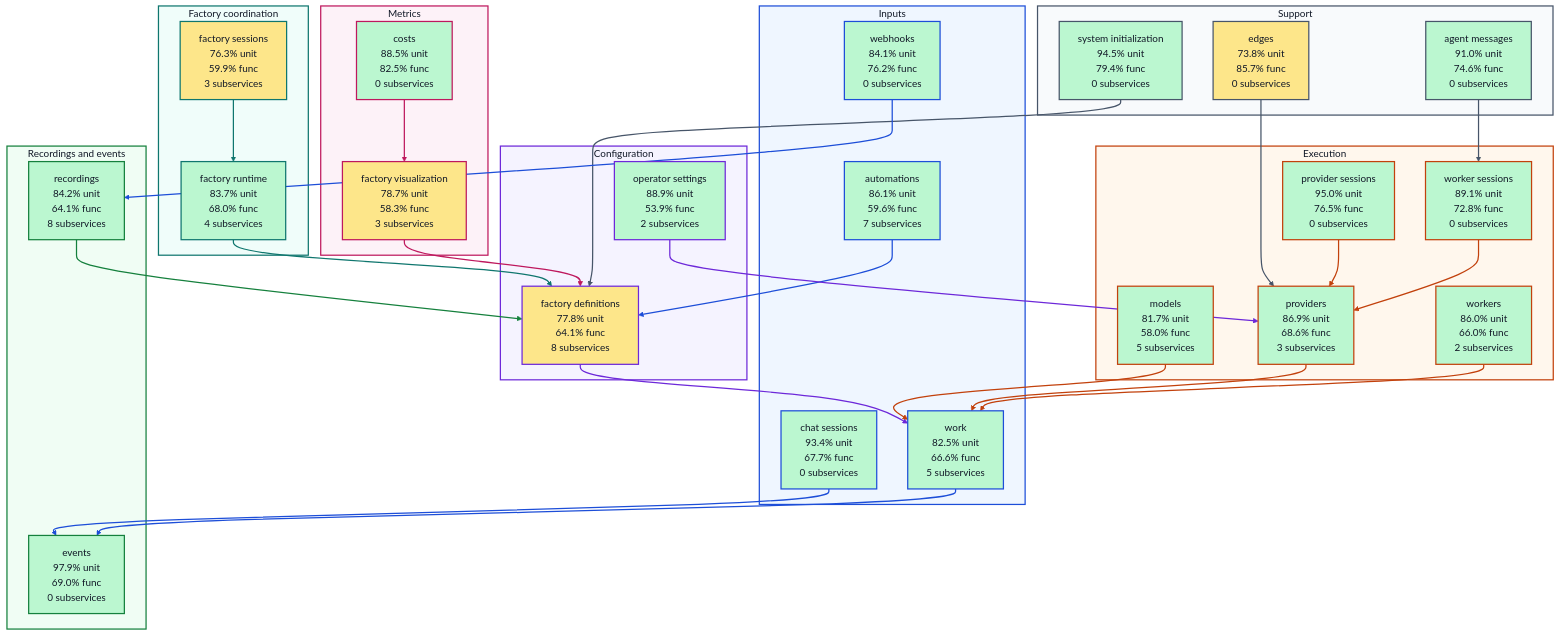
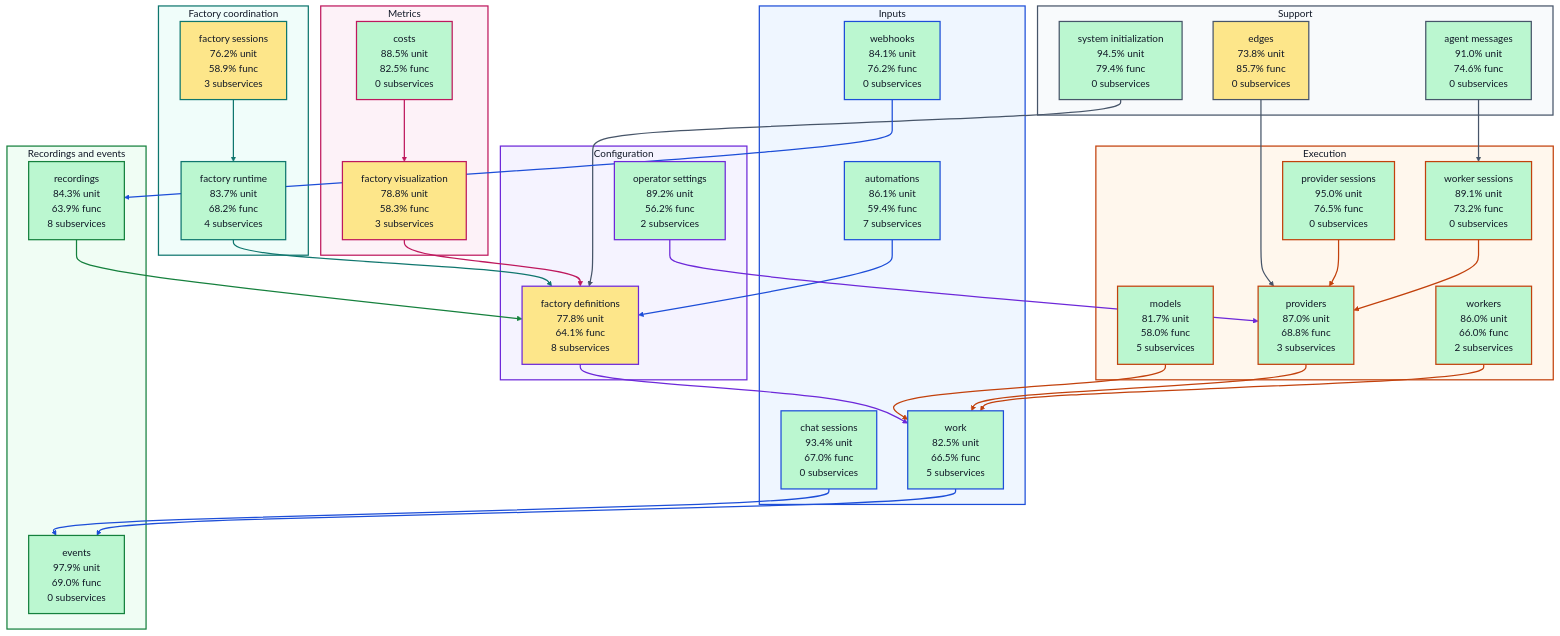
Before and after one commit to portpowered/you-agent-factory: the diagram in docs/architecture/visualizations/high-level-test-coverage.md, drawn with Mermaid. The commit also changed other lines of this file and 21 other files, not shown here.

Commit message:
docs: refresh backend architecture visualizations

````diff
--- a/docs/architecture/visualizations/high-level-test-coverage.md
+++ b/docs/architecture/visualizations/high-level-test-coverage.md
@@ -11,33 +11,33 @@
 ```mermaid
 flowchart TB
   subgraph input["Inputs"]
-    s_services_automations["automations<br/>86.1% unit<br/>59.6% func<br/>7 subservices"]
-    s_services_chat_sessions["chat sessions<br/>93.4% unit<br/>67.7% func<br/>0 subservices"]
+    s_services_automations["automations<br/>86.1% unit<br/>59.4% func<br/>7 subservices"]
+    s_services_chat_sessions["chat sessions<br/>93.4% unit<br/>67.0% func<br/>0 subservices"]
     s_services_webhooks["webhooks<br/>84.1% unit<br/>76.2% func<br/>0 subservices"]
-    s_services_work["work<br/>82.5% unit<br/>66.6% func<br/>5 subservices"]
+    s_services_work["work<br/>82.5% unit<br/>66.5% func<br/>5 subservices"]
   end
   subgraph configuration["Configuration"]
     s_services_factory_definitions["factory definitions<br/>77.8% unit<br/>64.1% func<br/>8 subservices"]
-    s_services_operator_settings["operator settings<br/>88.9% unit<br/>53.9% func<br/>2 subservices"]
+    s_services_operator_settings["operator settings<br/>89.2% unit<br/>56.2% func<br/>2 subservices"]
   end
   subgraph coordination["Factory coordination"]
-    s_services_factory_runtime["factory runtime<br/>83.7% unit<br/>68.0% func<br/>4 subservices"]
-    s_services_factory_sessions["factory sessions<br/>76.3% unit<br/>59.9% func<br/>3 subservices"]
+    s_services_factory_runtime["factory runtime<br/>83.7% unit<br/>68.2% func<br/>4 subservices"]
+    s_services_factory_sessions["factory sessions<br/>76.2% unit<br/>58.9% func<br/>3 subservices"]
   end
   subgraph execution["Execution"]
     s_services_models["models<br/>81.7% unit<br/>58.0% func<br/>5 subservices"]
     s_services_provider_sessions["provider sessions<br/>95.0% unit<br/>76.5% func<br/>0 subservices"]
-    s_services_providers["providers<br/>86.9% unit<br/>68.6% func<br/>3 subservices"]
-    s_services_worker_sessions["worker sessions<br/>89.1% unit<br/>72.8% func<br/>0 subservices"]
+    s_services_providers["providers<br/>87.0% unit<br/>68.8% func<br/>3 subservices"]
+    s_services_worker_sessions["worker sessions<br/>89.1% unit<br/>73.2% func<br/>0 subservices"]
     s_services_workers["workers<br/>86.0% unit<br/>66.0% func<br/>2 subservices"]
   end
   subgraph recordings["Recordings and events"]
     s_services_events["events<br/>97.9% unit<br/>69.0% func<br/>0 subservices"]
-    s_services_recordings["recordings<br/>84.2% unit<br/>64.1% func<br/>8 subservices"]
+    s_services_recordings["recordings<br/>84.3% unit<br/>63.9% func<br/>8 subservices"]
   end
   subgraph metrics["Metrics"]
     s_services_costs["costs<br/>88.5% unit<br/>82.5% func<br/>0 subservices"]
-    s_services_factory_visualization["factory visualization<br/>78.7% unit<br/>58.3% func<br/>3 subservices"]
+    s_services_factory_visualization["factory visualization<br/>78.8% unit<br/>58.3% func<br/>3 subservices"]
   end
   subgraph support["Support"]
     s_services_agent_messages["agent messages<br/>91.0% unit<br/>74.6% func<br/>0 subservices"]
````
